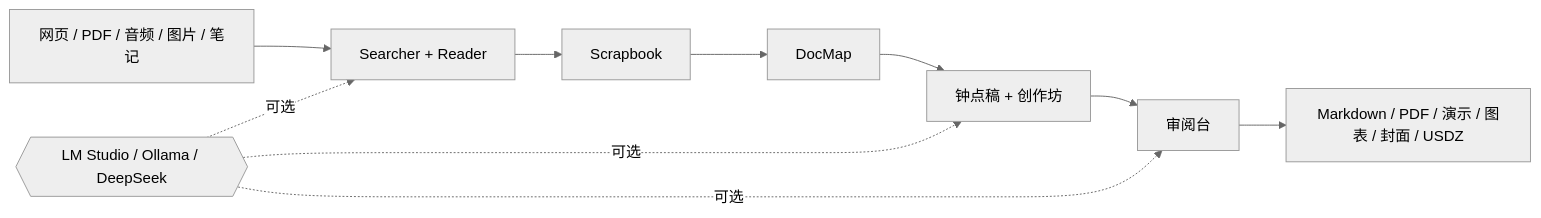
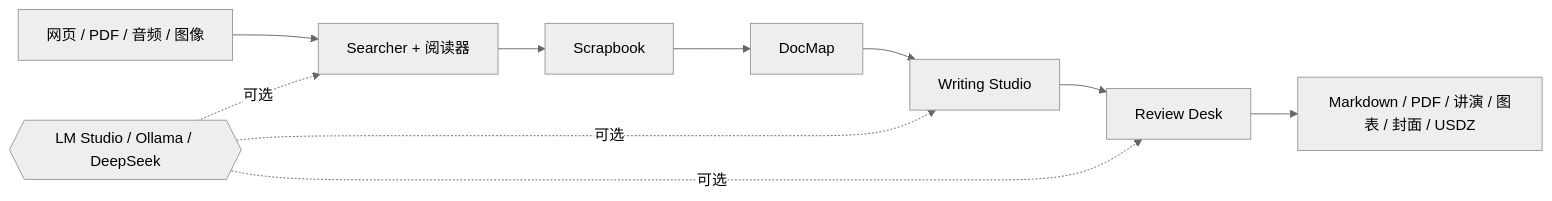
One commit to surfine/AI-System-6 changed the diagram in README.zh-CN.md. Above: the diagram before and after it, drawn with Mermaid (neutral theme). The commit also changed other lines of this file and 440 other files, not shown here.

````diff
--- a/README.zh-CN.md
+++ b/README.zh-CN.md
@@ -80,12 +144,12 @@
 ```mermaid
 flowchart LR
-    A["网页 / PDF / 音频 / 图片 / 笔记"] --> B["Searcher + Reader"]
+    A["网页 / PDF / 音频 / 图像"] --> B["Searcher + 阅读器"]
     B --> C["Scrapbook"]
     C --> D["DocMap"]
-    D --> E["钟点稿 + 创作坊"]
-    E --> F["审阅台"]
-    F --> G["Markdown / PDF / 演示 / 图表 / 封面 / USDZ"]
+    D --> E["Writing Studio"]
+    E --> F["Review Desk"]
+    F --> G["Markdown / PDF / 讲演 / 图表 / 封面 / USDZ"]
     M{{"LM Studio / Ollama / DeepSeek"}} -. "可选" .-> B
     M -. "可选" .-> E
     M -. "可选" .-> F
 ```
````
